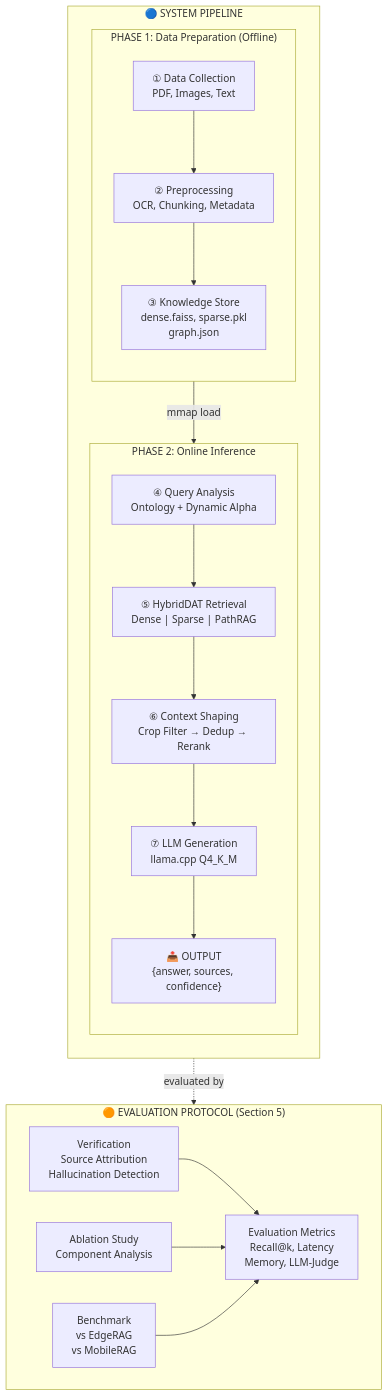
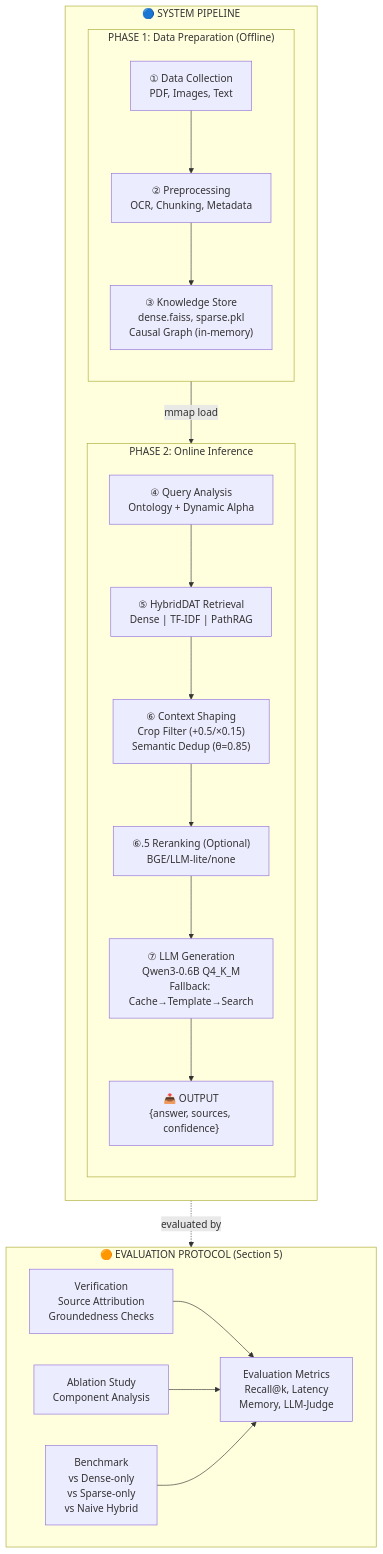
Before and after one commit to NAMUORI00/smartfarm-workspace: the first of 11 diagrams in docs/era-smartfarm-rag/paper/03_methodology.md, drawn with Mermaid. The commit also changed other lines of this file and 2 other files, not shown here.

Commit message:
docs(paper): fix 6 implementation mismatches in Figure 1 architecture
Corrections applied:
1. Fallback Chain: add Exact Cache Hit as step 0
2. Context Shaping vs Reranking: split into separate stages (⑥ and ⑥.5)
3. Crop Filter params: clarify as +0.5/×0.15 (not ×(1-0.85))
4. LLM model: Qwen3-4B → Qwen3-0.6B
5. Caching layers: document Query/Response/Embedding caches
6. graph.json → Causal Graph (in-memory, built from docs)

Files updated:
- ARCHITECTURE_FIGURE_DESIGN.md (ASCII, DOT, Mermaid diagrams)
- 03_methodology.md (Mermaid sync)
- methodology.tex (memory hierarchy)

````diff
--- a/docs/era-smartfarm-rag/paper/03_methodology.md
+++ b/docs/era-smartfarm-rag/paper/03_methodology.md
@@ -12,40 +12,41 @@
 ```mermaid
 flowchart TB
     subgraph SystemLane["🔵 SYSTEM PIPELINE"]
         direction TB
         
         subgraph Phase1["PHASE 1: Data Preparation (Offline)"]
             direction TB
             DC["① Data Collection<br/>PDF, Images, Text"]
             PP["② Preprocessing<br/>OCR, Chunking, Metadata"]
-            KS["③ Knowledge Store<br/>dense.faiss, sparse.pkl<br/>graph.json"]
+            KS["③ Knowledge Store<br/>dense.faiss, sparse.pkl<br/>Causal Graph (in-memory)"]
             DC --> PP --> KS
         end
         
         subgraph Phase2["PHASE 2: Online Inference"]
             direction TB
             QA["④ Query Analysis<br/>Ontology + Dynamic Alpha"]
-            HR["⑤ HybridDAT Retrieval<br/>Dense | Sparse | PathRAG"]
-            CS["⑥ Context Shaping<br/>Crop Filter → Dedup → Rerank"]
-            LLM["⑦ LLM Generation<br/>llama.cpp Q4_K_M"]
+            HR["⑤ HybridDAT Retrieval<br/>Dense | TF-IDF | PathRAG"]
+            CS["⑥ Context Shaping<br/>Crop Filter (+0.5/×0.15)<br/>Semantic Dedup (θ=0.85)"]
+            RR["⑥.5 Reranking (Optional)<br/>BGE/LLM-lite/none"]
+            LLM["⑦ LLM Generation<br/>Qwen3-0.6B Q4_K_M<br/>Fallback: Cache→Template→Search"]
             OUT["📤 OUTPUT<br/>{answer, sources, confidence}"]
-            QA --> HR --> CS --> LLM --> OUT
+            QA --> HR --> CS --> RR --> LLM --> OUT
         end
         
         KS -->|"mmap load"| QA
     end
     
     subgraph EvalLane["🟠 EVALUATION PROTOCOL (Section 5)"]
         direction LR
-        VER["Verification<br/>Source Attribution<br/>Hallucination Detection"]
+        VER["Verification<br/>Source Attribution<br/>Groundedness Checks"]
         ABL["Ablation Study<br/>Component Analysis"]
-        BENCH["Benchmark<br/>vs EdgeRAG<br/>vs MobileRAG"]
+        BENCH["Benchmark<br/>vs Dense-only<br/>vs Sparse-only<br/>vs Naive Hybrid"]
         METRICS["Evaluation Metrics<br/>Recall@k, Latency<br/>Memory, LLM-Judge"]
         
         VER --> METRICS
         ABL --> METRICS
         BENCH --> METRICS
     end
     
     OUT -.->|"evaluated by"| VER
 ```
````
